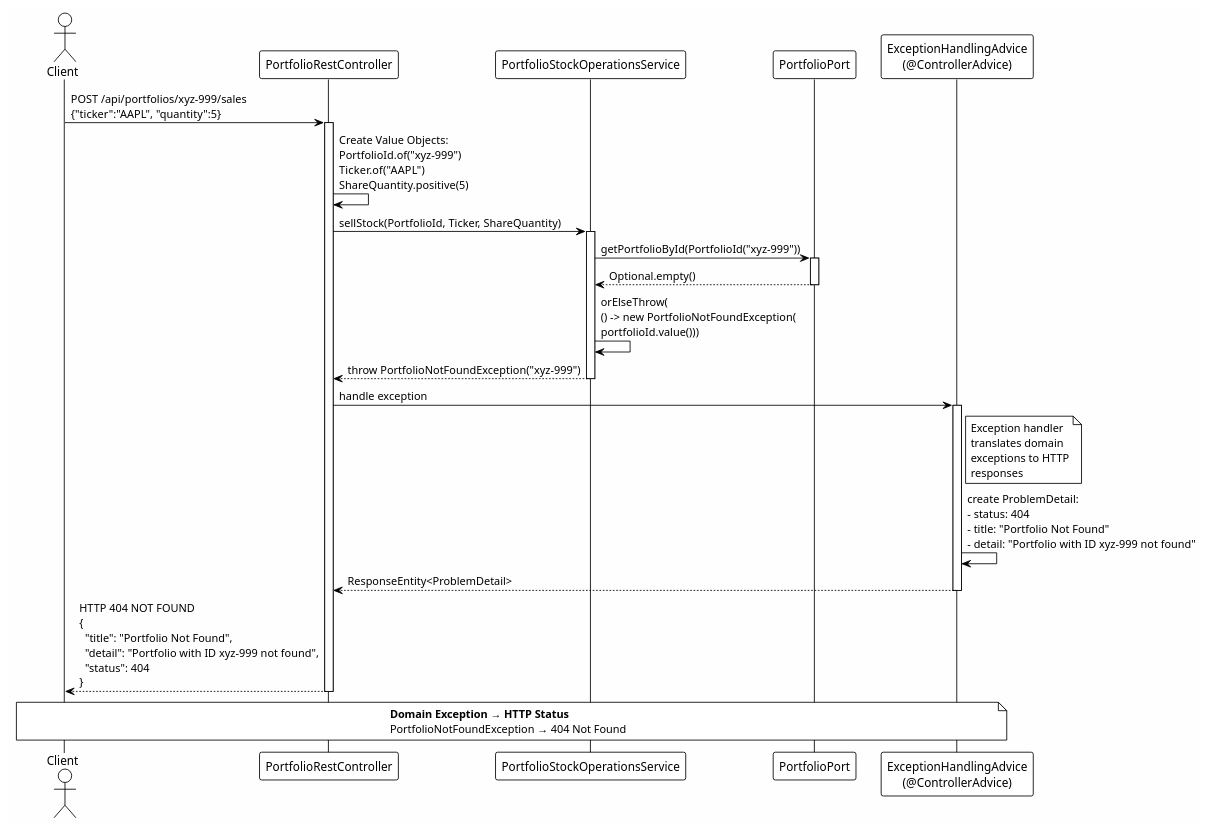
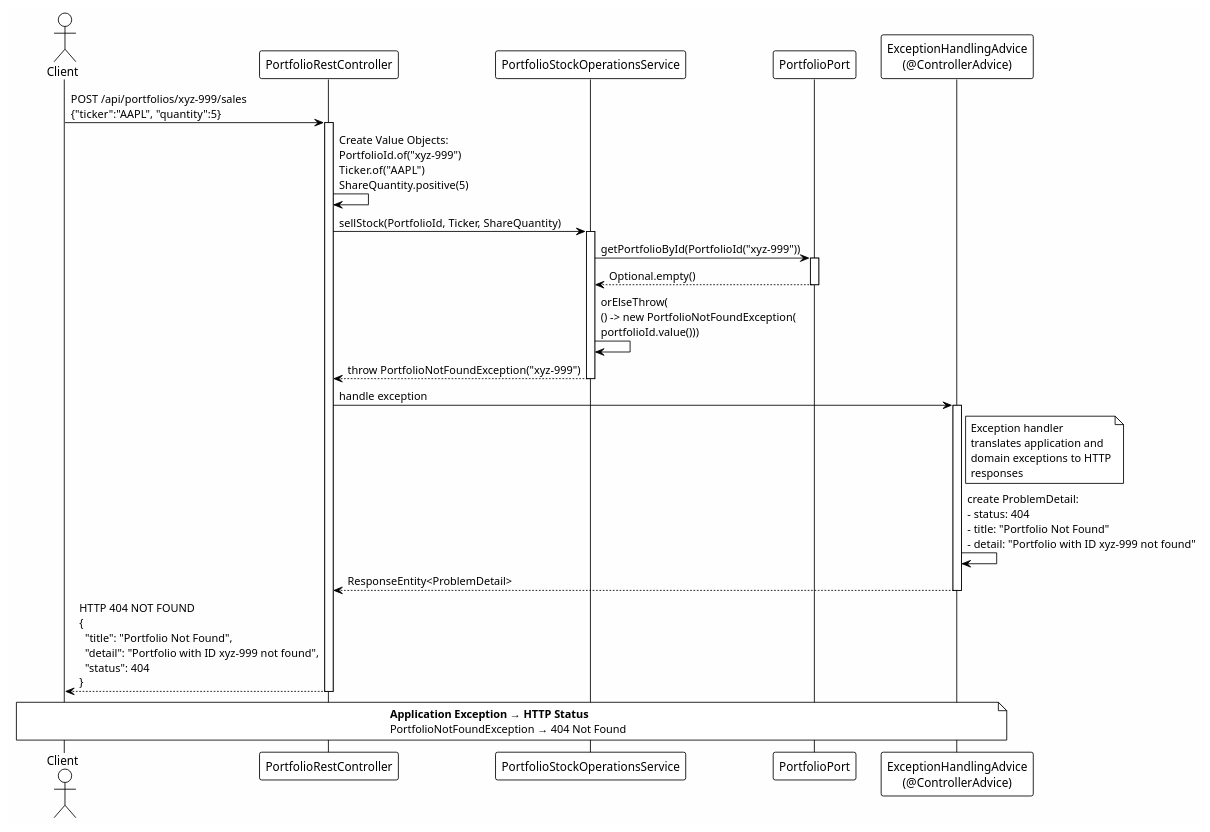
The diagram in doc/tutorial/sellStocks/diagrams/sell-error-portfolio-not-found.puml (alfredorueda/HexaStock), drawn with PlantUML before and after one commit. The commit also changed 14 other files, not shown here.

Commit message:
refactor: move PortfolioNotFoundException to application layer and update imports

```diff
--- a/doc/tutorial/sellStocks/diagrams/sell-error-portfolio-not-found.puml
+++ b/doc/tutorial/sellStocks/diagrams/sell-error-portfolio-not-found.puml
@@ -1,51 +1,51 @@
 @startuml sell-error-portfolio-not-found
 !theme plain
 skinparam backgroundColor #FEFEFE
 
 actor Client
 participant "PortfolioRestController" as Controller
 participant "PortfolioStockOperationsService" as Service
 participant "PortfolioPort" as Port
 participant "ExceptionHandlingAdvice\n(@ControllerAdvice)" as Handler
 
 Client -> Controller: POST /api/portfolios/xyz-999/sales\n{"ticker":"AAPL", "quantity":5}
 activate Controller
 
 Controller -> Controller: Create Value Objects:\nPortfolioId.of("xyz-999")\nTicker.of("AAPL")\nShareQuantity.positive(5)
 
 Controller -> Service: sellStock(PortfolioId, Ticker, ShareQuantity)
 activate Service
 
 Service -> Port: getPortfolioById(PortfolioId("xyz-999"))
 activate Port
 Port --> Service: Optional.empty()
 deactivate Port
 
 Service -> Service: orElseThrow(\n() -> new PortfolioNotFoundException(\nportfolioId.value()))
 
 Service --> Controller: throw PortfolioNotFoundException("xyz-999")
 deactivate Service
 
 Controller -> Handler: handle exception
 activate Handler
 note right of Handler
   Exception handler
-  translates domain
-  exceptions to HTTP
+  translates application and
+  domain exceptions to HTTP
   responses
 end note
 
 Handler -> Handler: create ProblemDetail:\n- status: 404\n- title: "Portfolio Not Found"\n- detail: "Portfolio with ID xyz-999 not found"
 
 Handler --> Controller: ResponseEntity<ProblemDetail>
 deactivate Handler
 
 Controller --> Client: HTTP 404 NOT FOUND\n{\n  "title": "Portfolio Not Found",\n  "detail": "Portfolio with ID xyz-999 not found",\n  "status": 404\n}
 deactivate Controller
 
 note over Client, Handler
-  **Domain Exception → HTTP Status**
+  **Application Exception → HTTP Status**
   PortfolioNotFoundException → 404 Not Found
 end note
 
 @enduml
```
